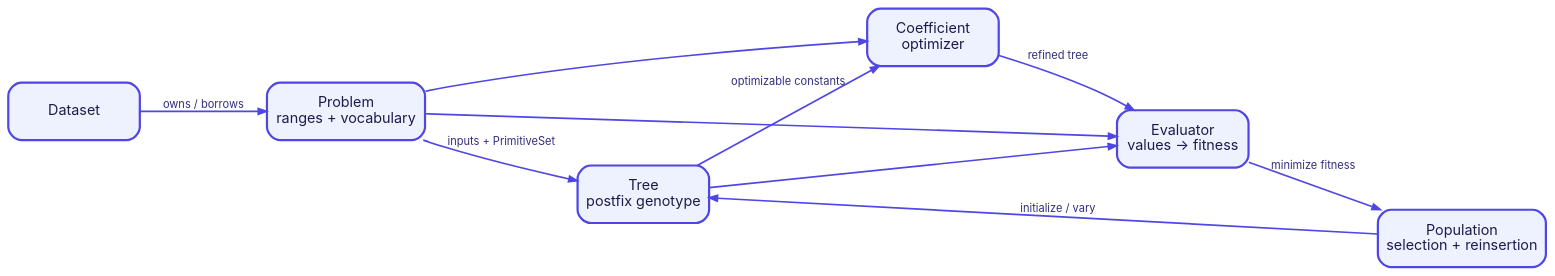
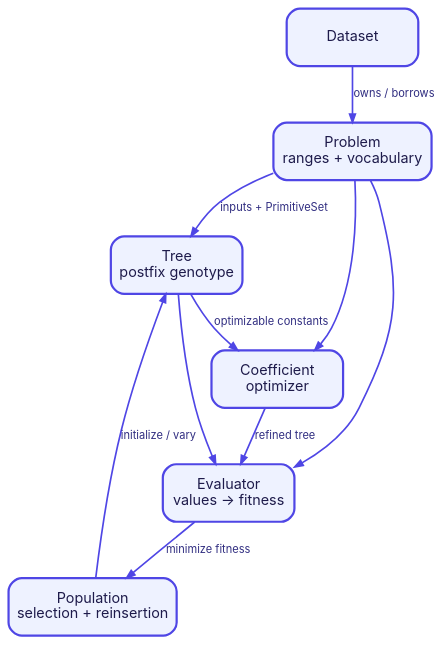
One commit to heal-research/operon changed the diagram in docs/mkdocs/diagrams/overview.dot. Above: the diagram before and after it, drawn with Graphviz. The commit also changed 6 other files, not shown here.

Commit message:
Rebalance flow diagram layouts

```diff
--- a/docs/mkdocs/diagrams/overview.dot
+++ b/docs/mkdocs/diagrams/overview.dot
@@ -1,22 +1,22 @@
 digraph overview {
-  graph [rankdir=LR, bgcolor="transparent", nodesep=0.4, ranksep=0.55, pad=0.12];
+  graph [rankdir=TB, bgcolor="transparent", nodesep=0.4, ranksep=0.55, pad=0.12];
   node [shape=box, style="rounded,filled", fillcolor="#EEF2FF", color="#4F46E5", penwidth=2, fontname="Inter", fontsize=13, fontcolor="#1E1B4B", width=1.65, height=0.72];
   edge [color="#4F46E5", penwidth=1.5, arrowsize=0.75, fontname="Inter", fontsize=10, fontcolor="#312E81"];
 
   dataset [label="Dataset"];
   problem [label="Problem\nranges + vocabulary"];
   tree [label="Tree\npostfix genotype"];
   evaluator [label="Evaluator\nvalues → fitness"];
   population [label="Population\nselection + reinsertion"];
   optimizer [label="Coefficient\noptimizer"];
 
   dataset -> problem [label="owns / borrows"];
   problem -> tree [label="inputs + PrimitiveSet"];
   tree -> evaluator;
   problem -> evaluator;
   evaluator -> population [label="minimize fitness"];
   population -> tree [label="initialize / vary"];
   tree -> optimizer [label="optimizable constants"];
   problem -> optimizer;
   optimizer -> evaluator [label="refined tree"];
 }
```
